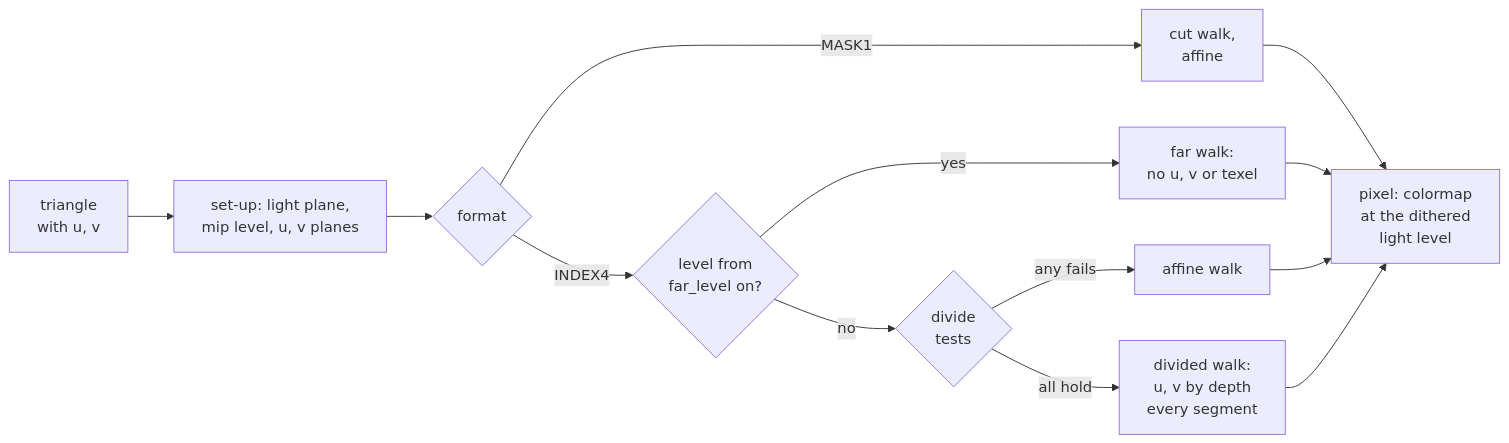
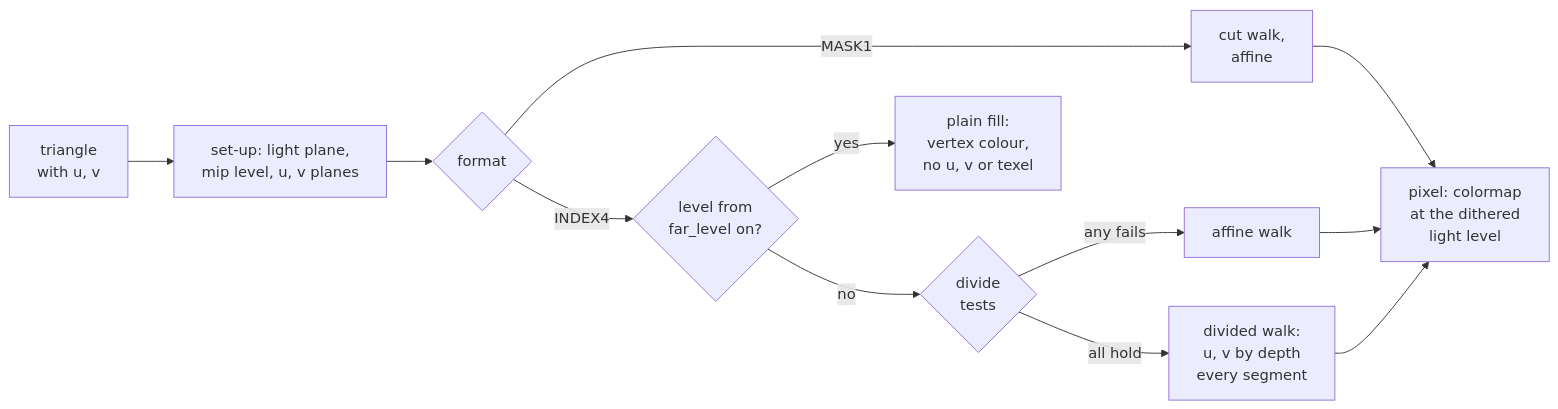
The diagram in docs/render/frame/Texture-Mapping.md (jose-villegas/autana), drawn with Mermaid before and after one commit. The commit also changed other lines of this file and 13 other files, not shown here.

Commit message:
r3d: far texture levels go to the plain fill, in the vertex colour; no mean row (we46)

````diff
--- a/docs/render/frame/Texture-Mapping.md
+++ b/docs/render/frame/Texture-Mapping.md
@@ -11,15 +11,14 @@
 ```mermaid
 flowchart LR
     Tri["triangle<br/>with u, v"] --> Setup["set-up: light plane,<br/>mip level, u, v planes"]
     Setup --> Format{format}
     Format -- MASK1 --> Cut["cut walk,<br/>affine"]
     Format -- INDEX4 --> Far{"level from<br/>far_level on?"}
-    Far -- yes --> Mean["far walk:<br/>no u, v or texel"]
+    Far -- yes --> Plain["plain fill:<br/>vertex colour,<br/>no u, v or texel"]
     Far -- no --> Tests{"divide<br/>tests"}
     Tests -- "any fails" --> Affine["affine walk"]
     Tests -- "all hold" --> Divided["divided walk:<br/>u, v by depth<br/>every segment"]
     Cut --> Pixel["pixel: colormap<br/>at the dithered<br/>light level"]
-    Mean --> Pixel
     Affine --> Pixel
     Divided --> Pixel
 ```
````
